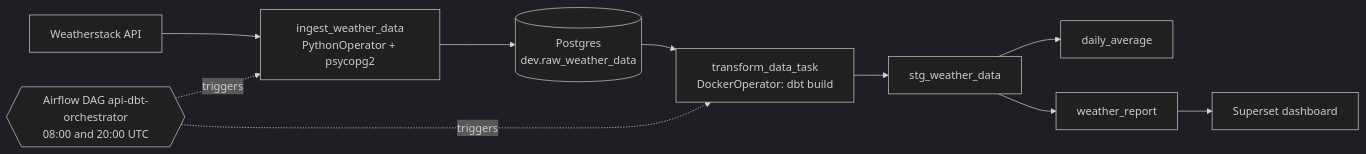
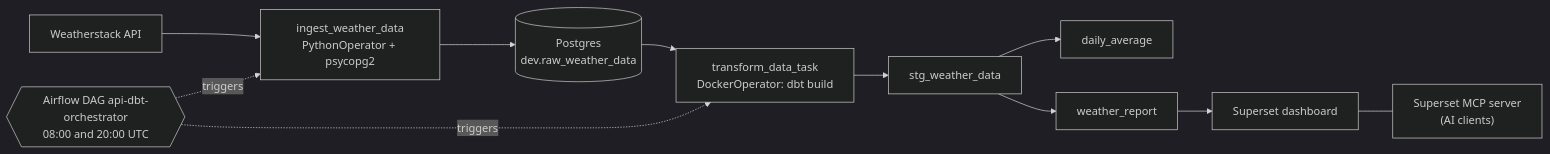
The diagram in README.md (henrymarinho90/weather-data-project), drawn with Mermaid (dark theme) before and after one commit. The commit also changed other lines of this file and 8 other files, not shown here.

First line of the commit message:
Upgrade Superset to 6.1 and add its built-in MCP server

````diff
--- a/README.md
+++ b/README.md
@@ -9,12 +9,13 @@
 ```mermaid
 flowchart LR
     API["Weatherstack API"] --> ING["ingest_weather_data<br/>PythonOperator + psycopg2"]
     ING --> RAW[("Postgres<br/>dev.raw_weather_data")]
     RAW --> DBT["transform_data_task<br/>DockerOperator: dbt build"]
     DBT --> STG["stg_weather_data"]
     STG --> DA["daily_average"]
     STG --> WR["weather_report"]
     WR --> SS["Superset dashboard"]
+    SS --- MCP["Superset MCP server<br/>(AI clients)"]
     AF{{"Airflow DAG api-dbt-orchestrator<br/>08:00 and 20:00 UTC"}} -. triggers .-> ING
     AF -. triggers .-> DBT
 ```
````
